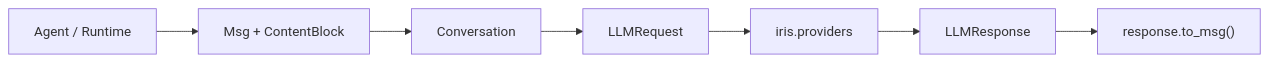
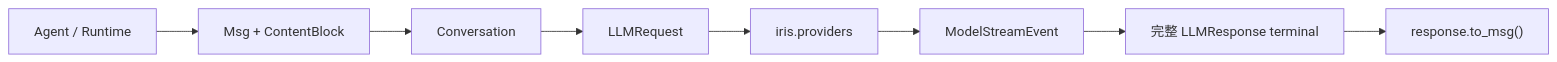
The diagram in src/iris/message/README.md (Tsubaki-01/Iris), drawn with Mermaid before and after one commit. The commit also changed other lines of this file and 11 other files, not shown here.

````diff
--- a/src/iris/message/README.md
+++ b/src/iris/message/README.md
@@ -30,9 +30,10 @@
 ```mermaid
 flowchart LR
     App["Agent / Runtime"] --> Msg["Msg + ContentBlock"]
     Msg --> Conversation["Conversation"]
     Conversation --> Request["LLMRequest"]
     Request --> Provider["iris.providers"]
-    Provider --> Response["LLMResponse"]
+    Provider --> Stream["ModelStreamEvent"]
+    Stream --> Response["完整 LLMResponse terminal"]
     Response --> Assistant["response.to_msg()"]
 ```
````
